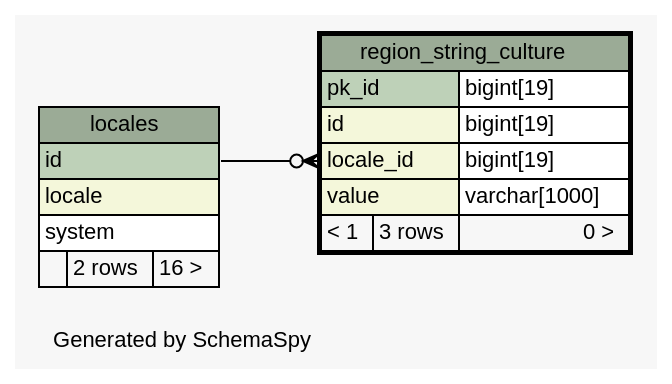
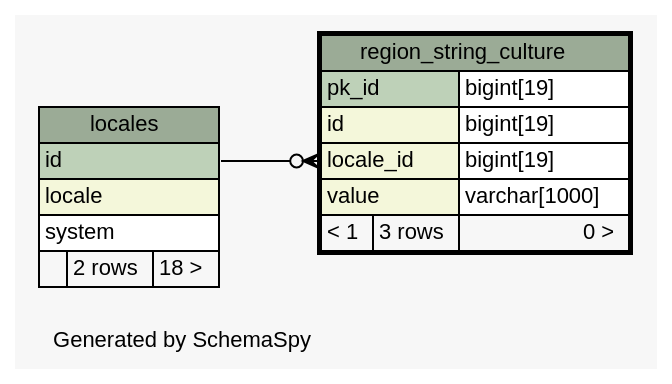
Before and after one commit to complitex/svn_osznconnection: the diagram in osznconnection-db/doc/osznconnection/diagrams/region_string_culture.1degree.dot, drawn with Graphviz. The commit also changed 477 other files, not shown here.

Commit message:
Re-generated outdated schema visualization

```diff
--- a/osznconnection-db/doc/osznconnection/diagrams/region_string_culture.1degree.dot
+++ b/osznconnection-db/doc/osznconnection/diagrams/region_string_culture.1degree.dot
@@ -1,48 +1,48 @@
 // dot 2.28.0 on Windows 7 6.1
 // SchemaSpy rev 590
 digraph "oneDegreeRelationshipsDiagram" {
   graph [
     rankdir="RL"
     bgcolor="#f7f7f7"
     label="\nGenerated by SchemaSpy"
     labeljust="l"
     nodesep="0.18"
     ranksep="0.46"
     fontname="Helvetica"
     fontsize="11"
   ];
   node [
     fontname="Helvetica"
     fontsize="11"
     shape="plaintext"
   ];
   edge [
     arrowsize="0.8"
   ];
   "region_string_culture":"locale_id":w -> "locales":"id":e [arrowhead=none dir=back arrowtail=crowodot];
   "locales" [
     label=<
     <TABLE BORDER="0" CELLBORDER="1" CELLSPACING="0" BGCOLOR="#ffffff">
       <TR><TD COLSPAN="3" BGCOLOR="#9bab96" ALIGN="CENTER">locales</TD></TR>
       <TR><TD PORT="id" COLSPAN="3" BGCOLOR="#bed1b8" ALIGN="LEFT">id</TD></TR>
       <TR><TD PORT="locale" COLSPAN="3" BGCOLOR="#f4f7da" ALIGN="LEFT">locale</TD></TR>
       <TR><TD PORT="system" COLSPAN="3" ALIGN="LEFT">system</TD></TR>
-      <TR><TD ALIGN="LEFT" BGCOLOR="#f7f7f7">  </TD><TD ALIGN="RIGHT" BGCOLOR="#f7f7f7">2 rows</TD><TD ALIGN="RIGHT" BGCOLOR="#f7f7f7">16 &gt;</TD></TR>
+      <TR><TD ALIGN="LEFT" BGCOLOR="#f7f7f7">  </TD><TD ALIGN="RIGHT" BGCOLOR="#f7f7f7">2 rows</TD><TD ALIGN="RIGHT" BGCOLOR="#f7f7f7">18 &gt;</TD></TR>
     </TABLE>>
     URL="locales.html"
     tooltip="locales"
   ];
   "region_string_culture" [
     label=<
     <TABLE BORDER="2" CELLBORDER="1" CELLSPACING="0" BGCOLOR="#ffffff">
       <TR><TD COLSPAN="3" BGCOLOR="#9bab96" ALIGN="CENTER">region_string_culture</TD></TR>
       <TR><TD PORT="pk_id" COLSPAN="2" BGCOLOR="#bed1b8" ALIGN="LEFT">pk_id</TD><TD PORT="pk_id.type" ALIGN="LEFT">bigint[19]</TD></TR>
       <TR><TD PORT="id" COLSPAN="2" BGCOLOR="#f4f7da" ALIGN="LEFT">id</TD><TD PORT="id.type" ALIGN="LEFT">bigint[19]</TD></TR>
       <TR><TD PORT="locale_id" COLSPAN="2" BGCOLOR="#f4f7da" ALIGN="LEFT">locale_id</TD><TD PORT="locale_id.type" ALIGN="LEFT">bigint[19]</TD></TR>
       <TR><TD PORT="value" COLSPAN="2" BGCOLOR="#f4f7da" ALIGN="LEFT">value</TD><TD PORT="value.type" ALIGN="LEFT">varchar[1000]</TD></TR>
       <TR><TD ALIGN="LEFT" BGCOLOR="#f7f7f7">&lt; 1</TD><TD ALIGN="RIGHT" BGCOLOR="#f7f7f7">3 rows</TD><TD ALIGN="RIGHT" BGCOLOR="#f7f7f7">0 &gt;</TD></TR>
     </TABLE>>
     URL="region_string_culture.html"
     tooltip="region_string_culture"
   ];
 }
```
